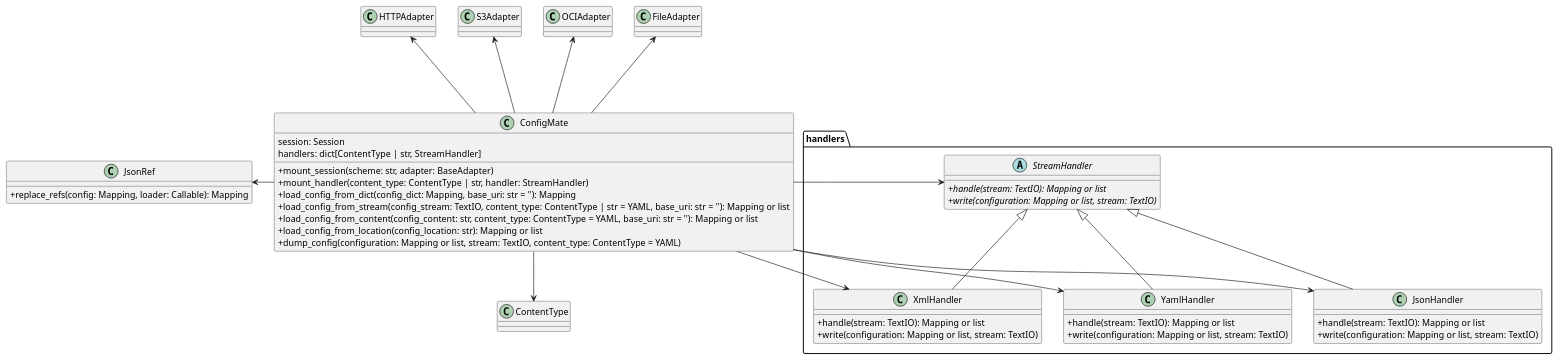
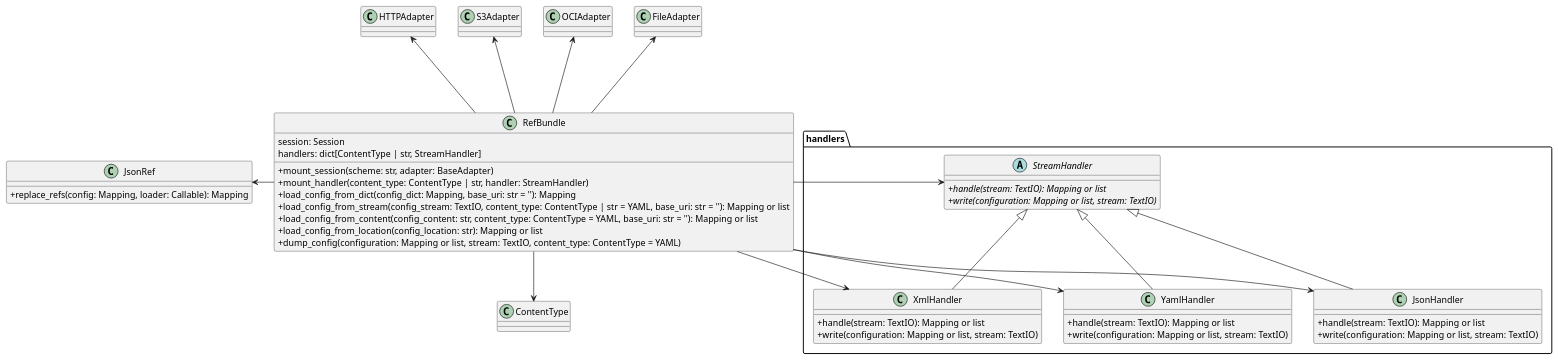
The diagram in docs/diagrams/src/class_diagram.puml (Terradue/config-mate), drawn with PlantUML before and after one commit. The commit also changed 15 other files, not shown here.

Commit message:
docs: renamed Config Mate as Ref Bundle

```diff
--- a/docs/diagrams/src/class_diagram.puml
+++ b/docs/diagrams/src/class_diagram.puml
@@ -1,55 +1,55 @@
 @startuml
 skinparam classAttributeIconSize 0
 
 class JsonRef {
     +replace_refs(config: Mapping, loader: Callable): Mapping
 }
 
-class ConfigMate{
+class RefBundle{
     session: Session
     handlers: dict[ContentType | str, StreamHandler]
 
     +mount_session(scheme: str, adapter: BaseAdapter)
     +mount_handler(content_type: ContentType | str, handler: StreamHandler)
     +load_config_from_dict(config_dict: Mapping, base_uri: str = ''): Mapping
     +load_config_from_stream(config_stream: TextIO, content_type: ContentType | str = YAML, base_uri: str = ''): Mapping or list
     +load_config_from_content(config_content: str, content_type: ContentType = YAML, base_uri: str = ''): Mapping or list
     +load_config_from_location(config_location: str): Mapping or list
     +dump_config(configuration: Mapping or list, stream: TextIO, content_type: ContentType = YAML)
 }
 
-ConfigMate -u--> FileAdapter
-ConfigMate -u--> OCIAdapter
-ConfigMate -u--> S3Adapter
-ConfigMate -u--> HTTPAdapter
-ConfigMate -l-> JsonRef
-ConfigMate -d-> ContentType
+RefBundle -u--> FileAdapter
+RefBundle -u--> OCIAdapter
+RefBundle -u--> S3Adapter
+RefBundle -u--> HTTPAdapter
+RefBundle -l-> JsonRef
+RefBundle -d-> ContentType
 
 package "handlers" {
     abstract class StreamHandler {
         {abstract} +handle(stream: TextIO): Mapping or list
         {abstract} +write(configuration: Mapping or list, stream: TextIO)
     }
 
     class JsonHandler extends StreamHandler {
         +handle(stream: TextIO): Mapping or list
         +write(configuration: Mapping or list, stream: TextIO)
     }
 
     class XmlHandler extends StreamHandler {
         +handle(stream: TextIO): Mapping or list
         +write(configuration: Mapping or list, stream: TextIO)
     }
 
     class YamlHandler extends StreamHandler {
         +handle(stream: TextIO): Mapping or list
         +write(configuration: Mapping or list, stream: TextIO)
     }
 }
 
-ConfigMate -r-> StreamHandler
-ConfigMate -r-> JsonHandler
-ConfigMate -r-> XmlHandler
-ConfigMate -r-> YamlHandler
+RefBundle -r-> StreamHandler
+RefBundle -r-> JsonHandler
+RefBundle -r-> XmlHandler
+RefBundle -r-> YamlHandler
 
 @enduml
```
